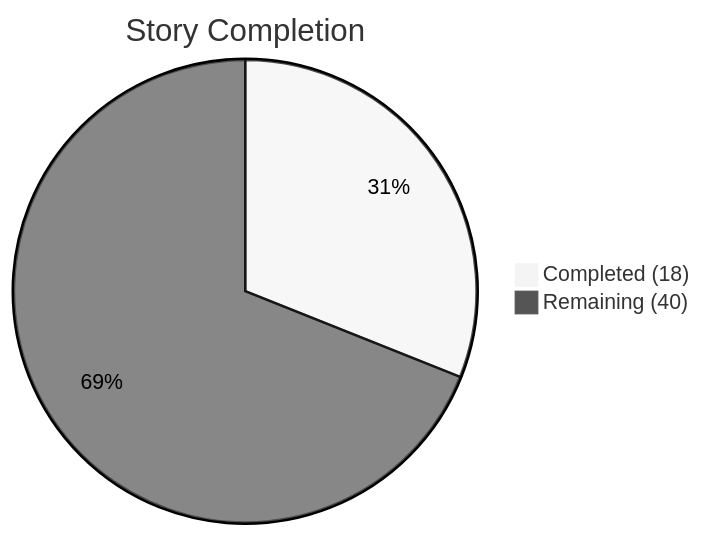
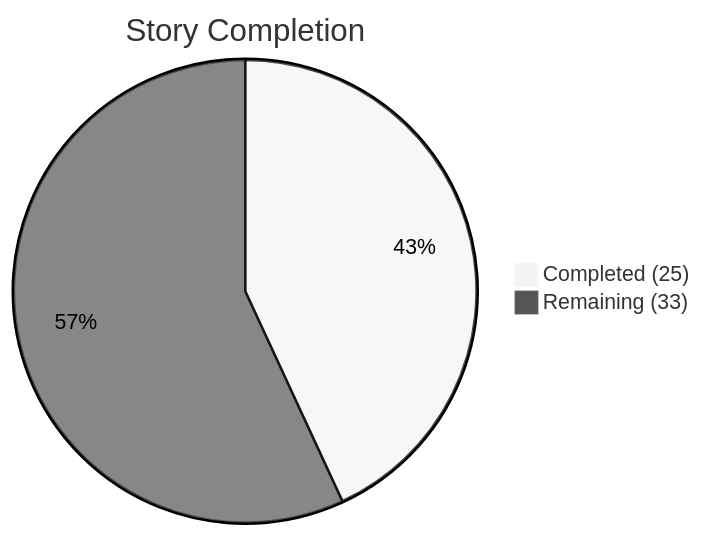
Before and after one commit to artemsemdev/SeaRise-Europe: the first of 2 diagrams in docs/delivery/ROADMAP.md, drawn with Mermaid (neutral theme). The commit also changed other lines of this file and 61 other files, not shown here.

````diff
--- a/docs/delivery/ROADMAP.md
+++ b/docs/delivery/ROADMAP.md
@@ -24,5 +24,5 @@
 ```mermaid
 pie title Story Completion
-    "Completed (18)" : 18
-    "Remaining (40)" : 40
+    "Completed (25)" : 25
+    "Remaining (33)" : 33
 ```
````
